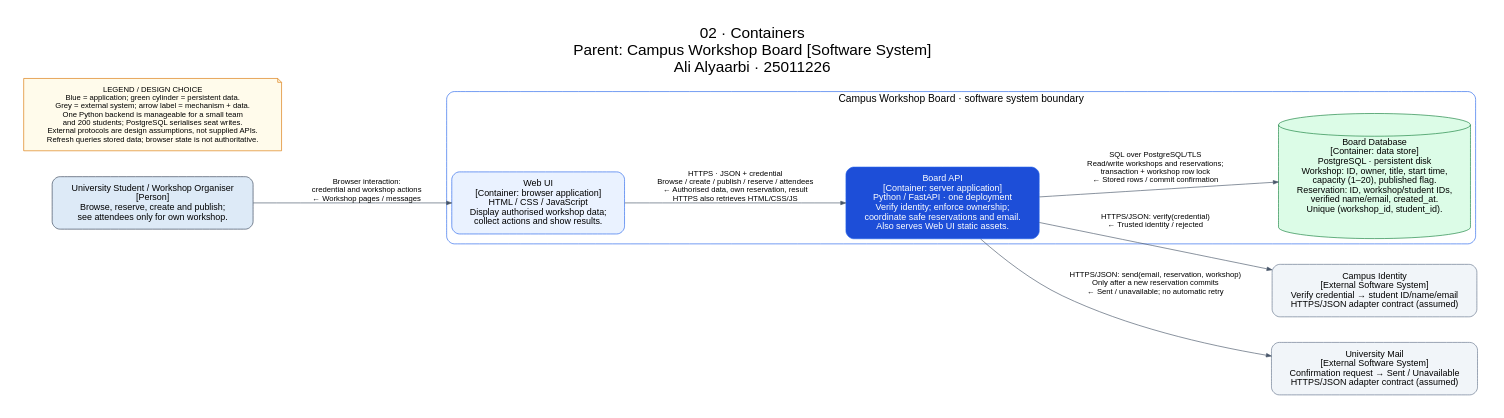
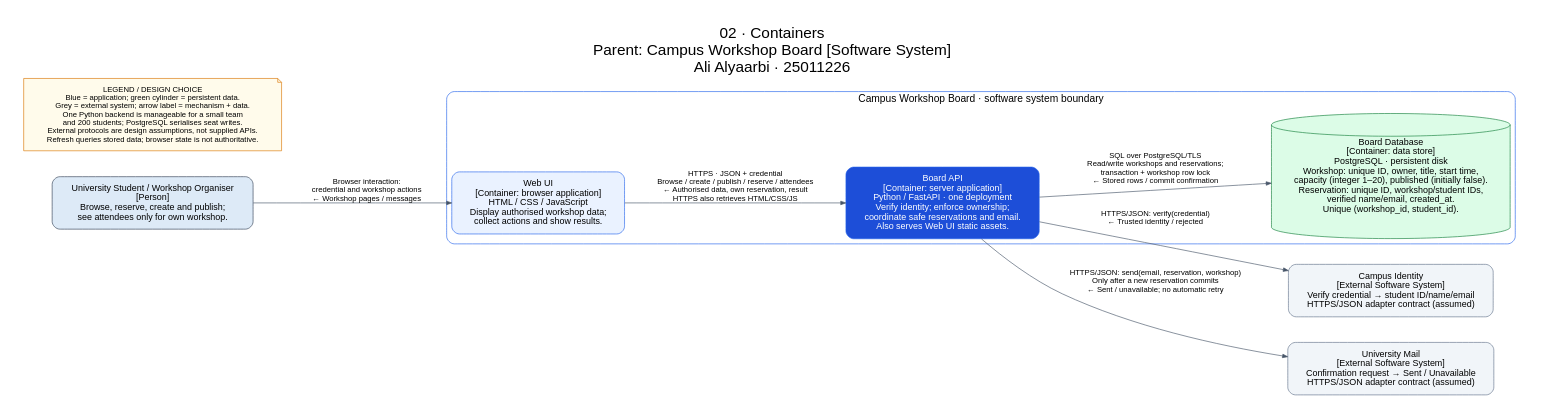
Before and after one commit to Alyrbi/a1220: the diagram in lab05/diagrams/source/02-containers.dot, drawn with Graphviz. The commit also changed 13 other files, not shown here.

Commit message:
Clarify Lab 05 transaction boundaries and audit diagram consistency

```diff
--- a/lab05/diagrams/source/02-containers.dot
+++ b/lab05/diagrams/source/02-containers.dot
@@ -1,24 +1,24 @@
 digraph Containers {
   graph [rankdir=LR, bgcolor=white, pad=0.4, nodesep=0.55, ranksep=1,
     fontname="Helvetica", fontsize=24, labelloc=t,
     label="02 · Containers\nParent: Campus Workshop Board [Software System]\nAli Alyaarbi · 25011226"];
   node [shape=box, style="rounded,filled", fillcolor="#EAF2FF", color="#2563EB", fontname="Helvetica", fontsize=14, margin="0.20,0.15"];
   edge [fontname="Helvetica", fontsize=12, color="#475569", arrowsize=0.8];
   person [fillcolor="#DDEAF7", color="#334155", label="University Student / Workshop Organiser\n[Person]\nBrowse, reserve, create and publish;\nsee attendees only for own workshop."];
   subgraph cluster_board {
     label="Campus Workshop Board · software system boundary"; fontsize=16; color="#2563EB"; style=rounded;
     web [label="Web UI\n[Container: browser application]\nHTML / CSS / JavaScript\nDisplay authorised workshop data;\ncollect actions and show results."];
     api [fillcolor="#1D4ED8", fontcolor=white, label="Board API\n[Container: server application]\nPython / FastAPI · one deployment\nVerify identity; enforce ownership;\ncoordinate safe reservations and email.\nAlso serves Web UI static assets."];
-    db [shape=cylinder, fillcolor="#DCFCE7", color="#15803D", label="Board Database\n[Container: data store]\nPostgreSQL · persistent disk\nWorkshop: ID, owner, title, start time,\ncapacity (1–20), published flag.\nReservation: ID, workshop/student IDs,\nverified name/email, created_at.\nUnique (workshop_id, student_id)."];
+    db [shape=cylinder, fillcolor="#DCFCE7", color="#15803D", label="Board Database\n[Container: data store]\nPostgreSQL · persistent disk\nWorkshop: unique ID, owner, title, start time,\ncapacity (integer 1–20), published (initially false).\nReservation: unique ID, workshop/student IDs,\nverified name/email, created_at.\nUnique (workshop_id, student_id)."];
     web -> api [label="HTTPS · JSON + credential\nBrowse / create / publish / reserve / attendees\n← Authorised data, own reservation, result\nHTTPS also retrieves HTML/CSS/JS"];
     api -> db [label="SQL over PostgreSQL/TLS\nRead/write workshops and reservations;\ntransaction + workshop row lock\n← Stored rows / commit confirmation"];
   }
   identity [fillcolor="#F1F5F9", color="#64748B", label="Campus Identity\n[External Software System]\nVerify credential → student ID/name/email\nHTTPS/JSON adapter contract (assumed)"];
   mail [fillcolor="#F1F5F9", color="#64748B", label="University Mail\n[External Software System]\nConfirmation request → Sent / Unavailable\nHTTPS/JSON adapter contract (assumed)"];
   person -> web [label="Browser interaction:\ncredential and workshop actions\n← Workshop pages / messages"];
   api -> identity [label="HTTPS/JSON: verify(credential)\n← Trusted identity / rejected"];
   api -> mail [label="HTTPS/JSON: send(email, reservation, workshop)\nOnly after a new reservation commits\n← Sent / unavailable; no automatic retry"];
   legend [shape=note, fillcolor="#FFFBEB", color="#D97706", fontsize=12,
     label="LEGEND / DESIGN CHOICE\nBlue = application; green cylinder = persistent data.\nGrey = external system; arrow label = mechanism + data.\nOne Python backend is manageable for a small team\nand 200 students; PostgreSQL serialises seat writes.\nExternal protocols are design assumptions, not supplied APIs.\nRefresh queries stored data; browser state is not authoritative."];
   {rank=same; person; legend;}
 }
```
